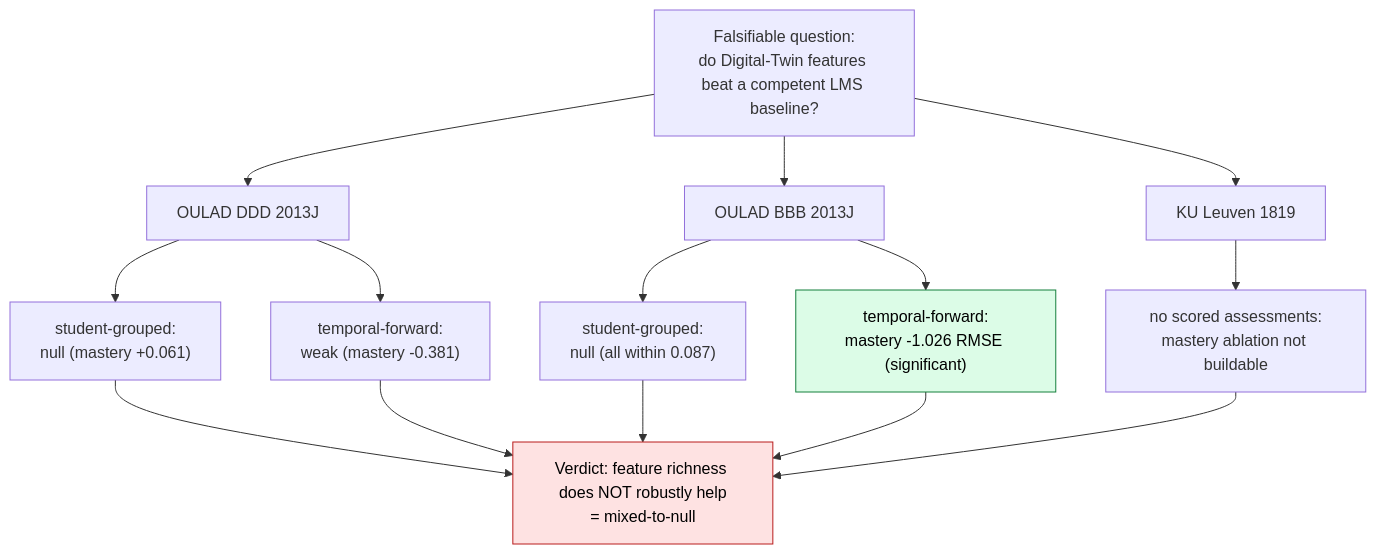
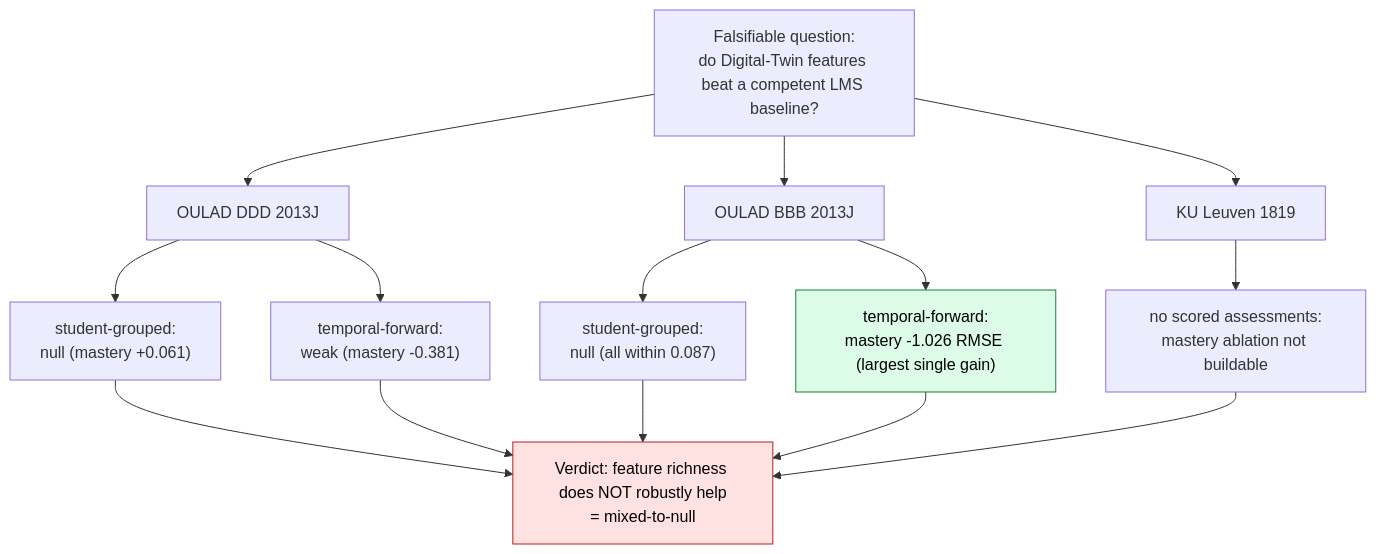
Before and after one commit to a169n/student-digital-twin-xai: the third of 4 diagrams in docs/dissertation/conference_paper_sist.md, drawn with Mermaid. The commit also changed other lines of this file and 12 other files, not shown here.

````diff
--- a/docs/dissertation/conference_paper_sist.md
+++ b/docs/dissertation/conference_paper_sist.md
@@ -309,19 +318,19 @@
 ```mermaid
 flowchart TB
     Q["Falsifiable question:<br/>do Digital-Twin features beat a competent LMS baseline?"]
     Q --> DDD["OULAD DDD 2013J"]
     Q --> BBB["OULAD BBB 2013J"]
     Q --> KUL["KU Leuven 1819"]
     DDD --> DDDg["student-grouped:<br/>null (mastery +0.061)"]
     DDD --> DDDt["temporal-forward:<br/>weak (mastery -0.381)"]
     BBB --> BBBg["student-grouped:<br/>null (all within 0.087)"]
-    BBB --> BBBt["temporal-forward:<br/>mastery -1.026 RMSE (significant)"]
+    BBB --> BBBt["temporal-forward:<br/>mastery -1.026 RMSE (largest single gain)"]
     KUL --> KULx["no scored assessments:<br/>mastery ablation not buildable"]
     DDDg --> V["Verdict: feature richness does NOT robustly help<br/>= mixed-to-null"]
     DDDt --> V
     BBBg --> V
     BBBt --> V
     KULx --> V
     style BBBt fill:#dcfce7,stroke:#15803d,color:#000
     style V fill:#fee2e2,stroke:#b91c1c,color:#000
 ```
````
